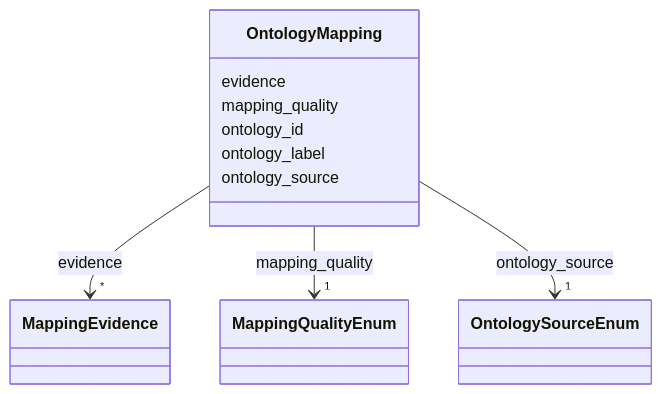
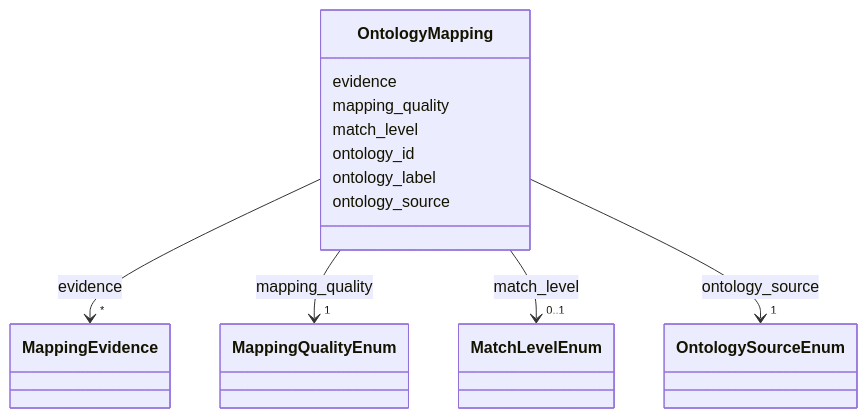
Before and after one commit to CultureBotAI/MediaIngredientMech: the diagram in docs/OntologyMapping.md, drawn with Mermaid. The commit also changed other lines of this file and 67 other files, not shown here.

````diff
--- a/docs/OntologyMapping.md
+++ b/docs/OntologyMapping.md
@@ -18,43 +18,54 @@
 ```mermaid
  classDiagram
     class OntologyMapping
     click OntologyMapping href "../OntologyMapping/"
       OntologyMapping : evidence
         
           
     
         
         
         OntologyMapping --> "*" MappingEvidence : evidence
         click MappingEvidence href "../MappingEvidence/"
     
 
         
       OntologyMapping : mapping_quality
         
           
     
         
         
         OntologyMapping --> "1" MappingQualityEnum : mapping_quality
         click MappingQualityEnum href "../MappingQualityEnum/"
     
 
         
+      OntologyMapping : match_level
+        
+          
+    
+        
+        
+        OntologyMapping --> "0..1" MatchLevelEnum : match_level
+        click MatchLevelEnum href "../MatchLevelEnum/"
+    
+
+        
       OntologyMapping : ontology_id
         
       OntologyMapping : ontology_label
         
       OntologyMapping : ontology_source
         
           
     
         
         
         OntologyMapping --> "1" OntologySourceEnum : ontology_source
         click OntologySourceEnum href "../OntologySourceEnum/"
     
 
         
       
 ```
````
